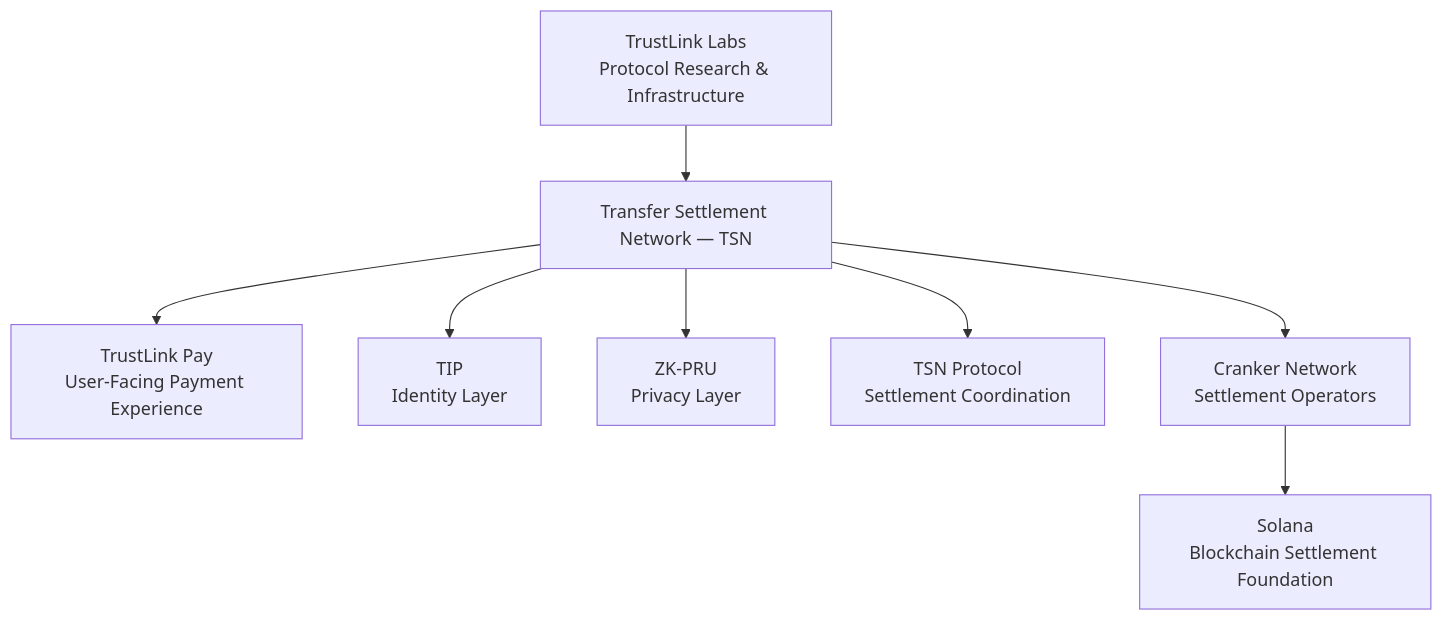
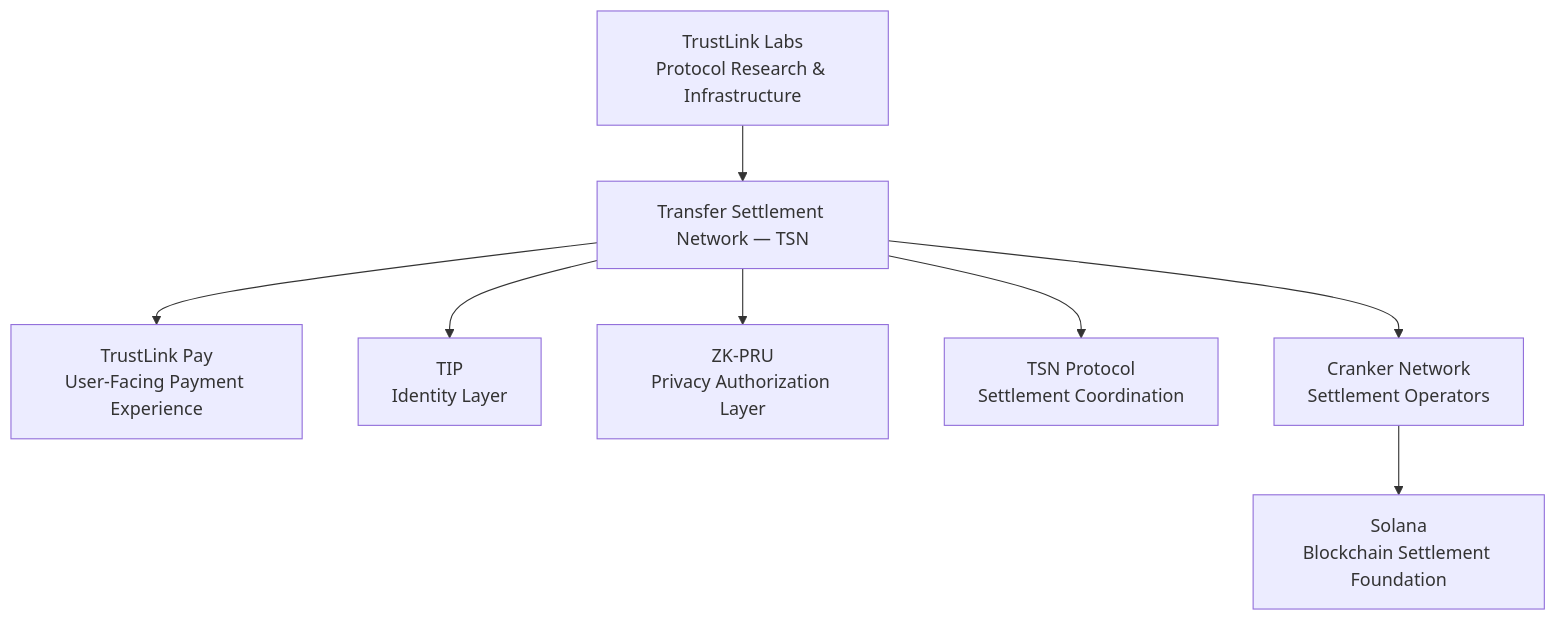
One commit to Trustlink-Labs/TSN-Protocol changed the first of 8 diagrams in README.md. Above: the diagram before and after it, drawn with Mermaid. The commit also changed other lines of this file, not shown here.

````diff
--- a/README.md
+++ b/README.md
@@ -15,10 +15,10 @@
 ```mermaid
 flowchart TD
     A[TrustLink Labs<br/>Protocol Research & Infrastructure] --> B[Transfer Settlement Network — TSN]
     B --> C[TrustLink Pay<br/>User-Facing Payment Experience]
     B --> D[TIP<br/>Identity Layer]
-    B --> E[ZK-PRU<br/>Privacy Layer]
+    B --> E[ZK-PRU<br/>Privacy Authorization Layer]
     B --> F[TSN Protocol<br/>Settlement Coordination]
     B --> G[Cranker Network<br/>Settlement Operators]
     G --> H[Solana<br/>Blockchain Settlement Foundation]
 ```
````
